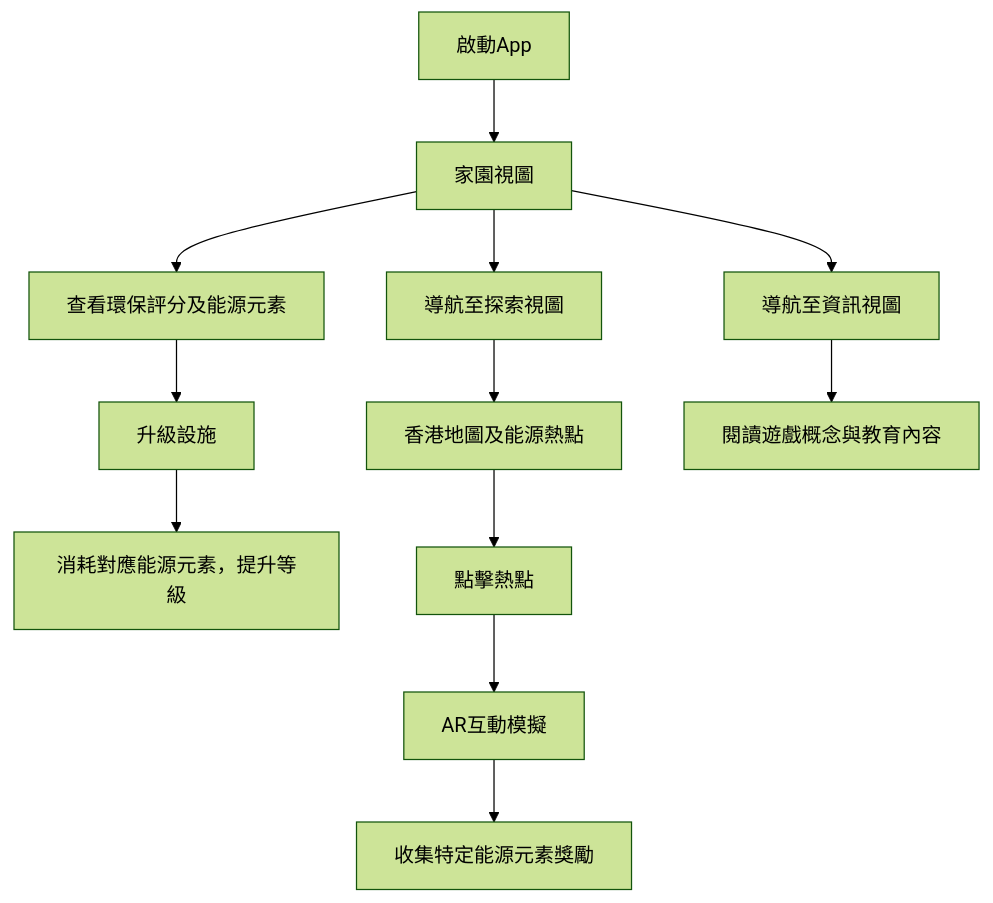
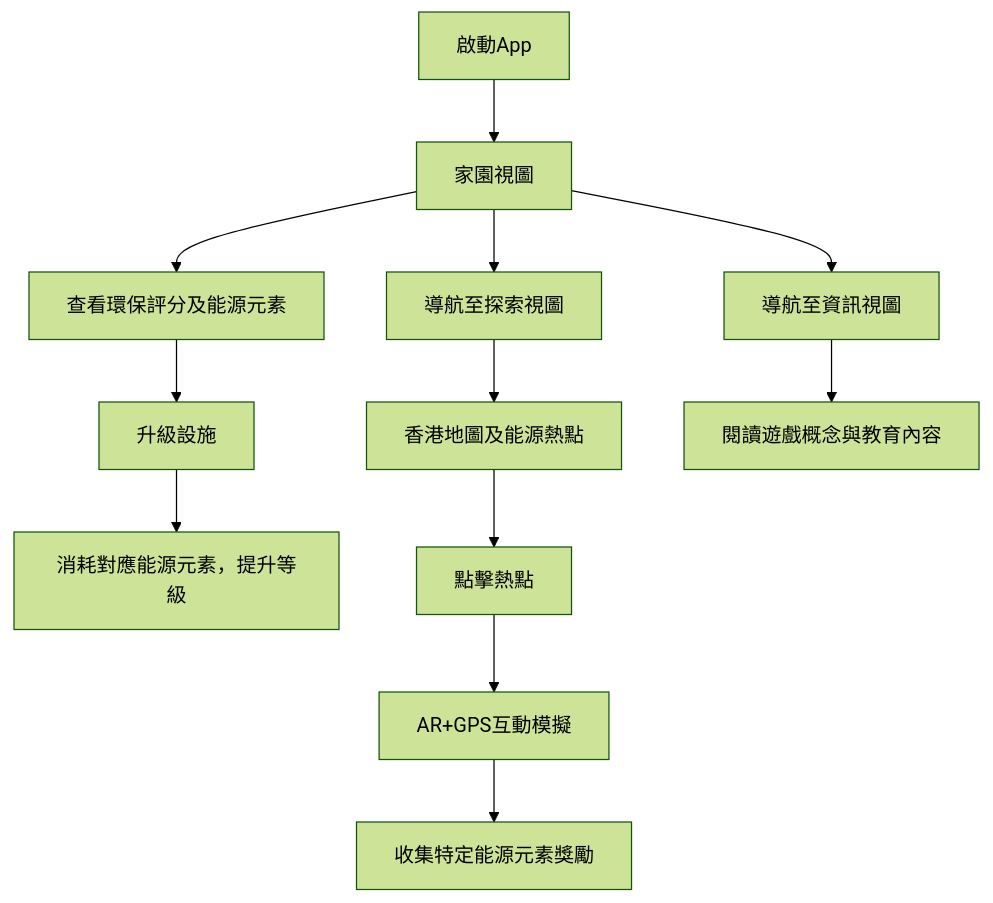
Before and after one commit to samsonhsy/ApeRun: the diagram in docs/Context.md, drawn with Mermaid (forest theme). The commit also changed other lines of this file and 2 other files, not shown here.

````diff
--- a/docs/Context.md
+++ b/docs/Context.md
@@ -20,14 +20,14 @@
 ```mermaid
 graph TD
     A[啟動App] --> B[家園視圖]
     B --> C[查看環保評分及能源元素]
     C --> D[升級設施]
     D --> E[消耗對應能源元素，提升等級]
     B --> F[導航至探索視圖]
     F --> G[香港地圖及能源熱點]
     G --> H[點擊熱點]
-    H --> I[AR互動模擬]
+    H --> I[AR+GPS互動模擬]
     I --> J[收集特定能源元素獎勵]
     B --> K[導航至資訊視圖]
     K --> L[閱讀遊戲概念與教育內容]
 ```
````
